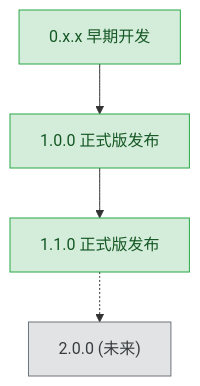
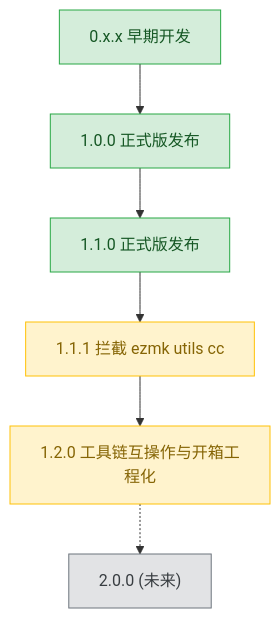
Before and after one commit to 3667808244/EazyMake: the diagram in plans/README.md, drawn with Mermaid. The commit also changed other lines of this file and 9 other files, not shown here.

````diff
--- a/plans/README.md
+++ b/plans/README.md
@@ -51,18 +57,23 @@
 ```mermaid
 graph TD
     v0xx["0.x.x 早期开发"]
     v100["1.0.0 正式版发布"]
     v110["1.1.0 正式版发布"]
+    v111["1.1.1 拦截 ezmk utils cc"]
+    v120["1.2.0 工具链互操作与开箱工程化"]
     v200["2.0.0 (未来)"]
 
     v0xx --> v100
     v100 --> v110
-    v110 -.-> v200
+    v110 --> v111
+    v111 --> v120
+    v120 -.-> v200
 
     classDef done fill:#d4edda,stroke:#28a745,color:#155724;
     classDef active fill:#fff3cd,stroke:#ffc107,color:#856404;
     classDef todo fill:#e2e3e5,stroke:#6c757d,color:#383d41;
 
     class v0xx,v100,v110 done;
+    class v111,v120 active;
     class v200 todo;
 ```
````
